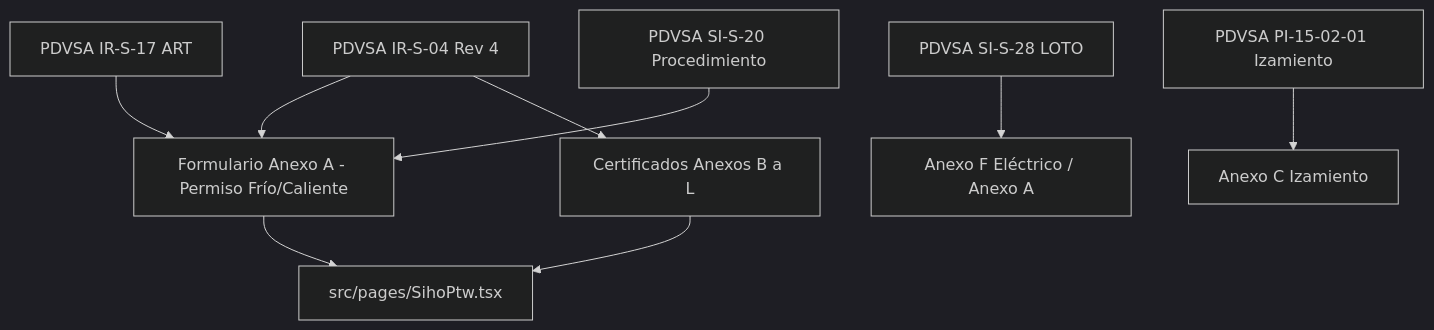
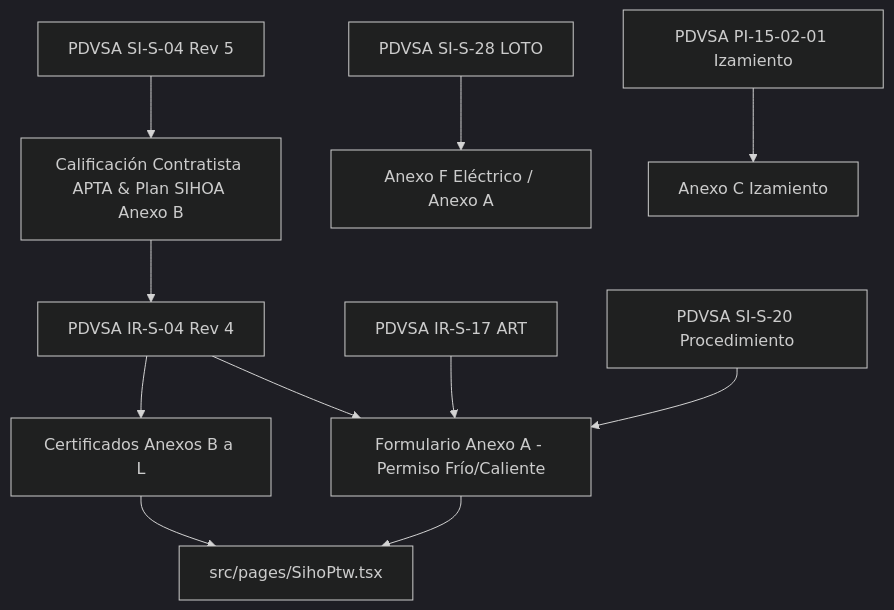
Before and after one commit to wolvesglobalsolutionsgroup-rgb/Industrial-360-App-GAIS: the diagram in docs/intake/workflows/WF-043-SOURCE-DEPENDENCY-MATRIX.md, drawn with Mermaid (dark theme). The commit also changed other lines of this file and 4 other files, not shown here.

Commit message:
docs(intake): integrate PDVSA SI-S-04 Rev 5 supporting source into WF-043 specification

````diff
--- a/docs/intake/workflows/WF-043-SOURCE-DEPENDENCY-MATRIX.md
+++ b/docs/intake/workflows/WF-043-SOURCE-DEPENDENCY-MATRIX.md
@@ -45,12 +46,14 @@
 ```mermaid
 graph TD
+    SRC_SIS04[PDVSA SI-S-04 Rev 5] --> PrereqApta[Calificación Contratista APTA & Plan SIHOA Anexo B]
+    PrereqApta --> SRC_IRS04[PDVSA IR-S-04 Rev 4 PTW]
     SRC_IRS04[PDVSA IR-S-04 Rev 4] --> FormAnexoA[Formulario Anexo A - Permiso Frío/Caliente]
     SRC_IRS04 --> CertsBL[Certificados Anexos B a L]
     SRC_IRS17[PDVSA IR-S-17 ART] --> FormAnexoA
     SRC_SIS20[PDVSA SI-S-20 Procedimiento] --> FormAnexoA
     SRC_SIS28[PDVSA SI-S-28 LOTO] --> CertF[Anexo F Eléctrico / Anexo A]
     SRC_PI15[PDVSA PI-15-02-01 Izamiento] --> CertC[Anexo C Izamiento]
 
     FormAnexoA --> AppPage[src/pages/SihoPtw.tsx]
     CertsBL --> AppPage
 ```
````
